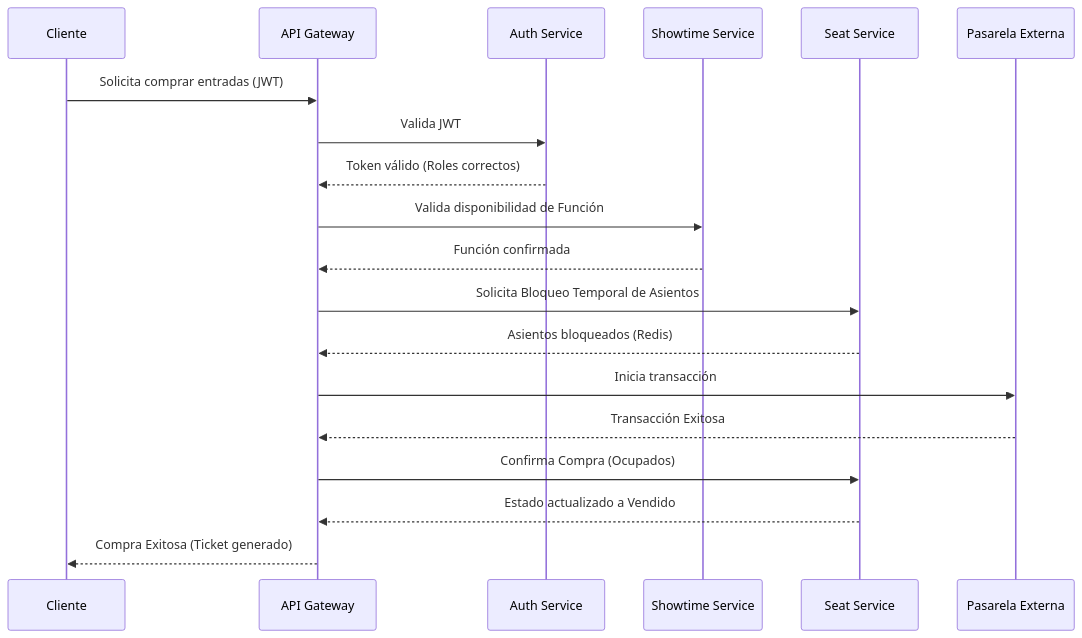
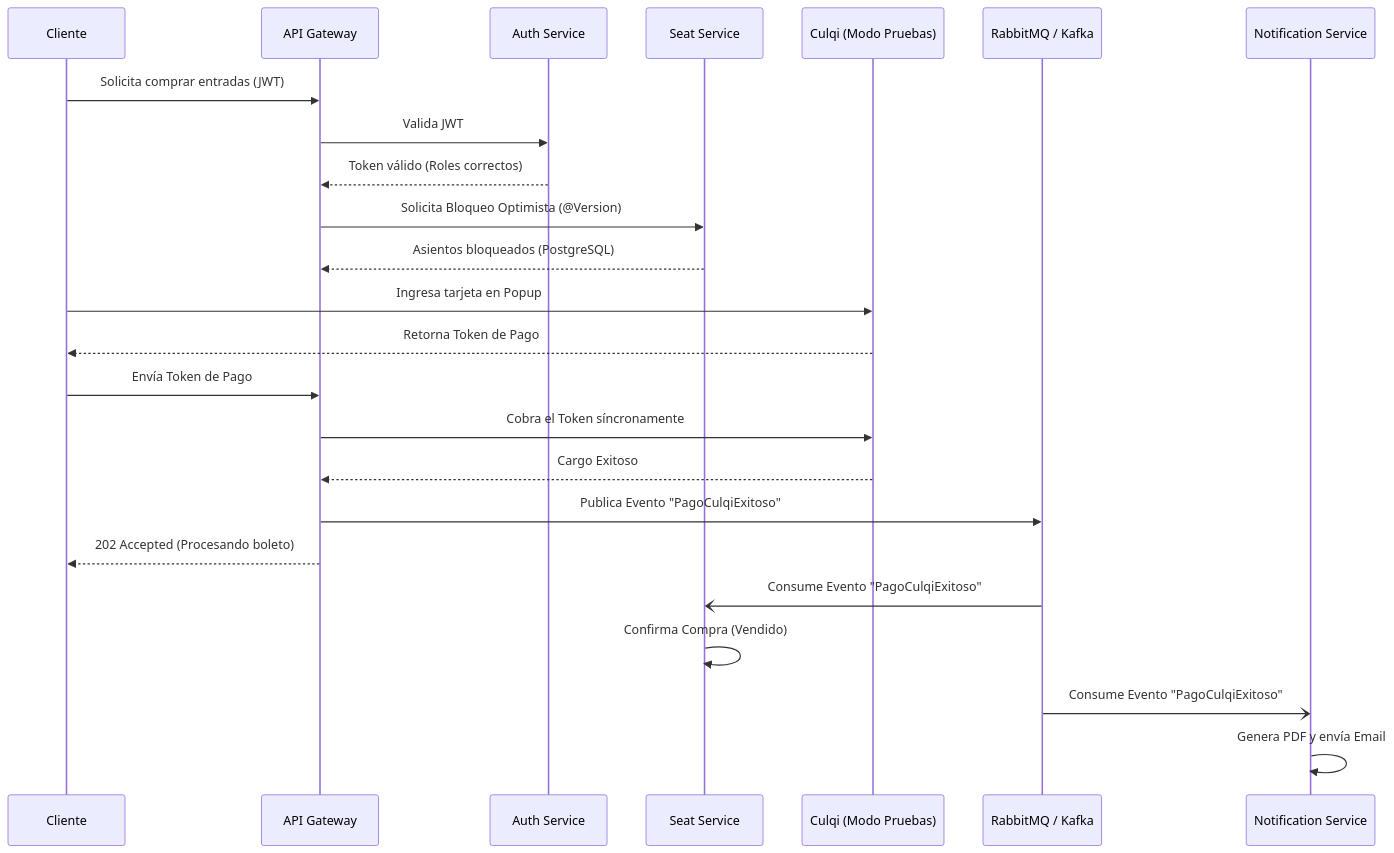
The third of 3 diagrams in docs/02_Arquitectura/README.md (ErwinSmth/CinemaCore), drawn with Mermaid before and after one commit. The commit also changed other lines of this file and 4 other files, not shown here.

````diff
--- a/docs/02_Arquitectura/README.md
+++ b/docs/02_Arquitectura/README.md
@@ -130,27 +130,33 @@
 ```mermaid
 sequenceDiagram
     participant Cliente
     participant Gateway as API Gateway
     participant Auth as Auth Service
-    participant Showtime as Showtime Service
     participant Seat as Seat Service
-    participant Pago as Pasarela Externa
+    participant Culqi as Culqi (Modo Pruebas)
+    participant Rabbit as RabbitMQ / Kafka
+    participant Notif as Notification Service
 
     Cliente->>Gateway: Solicita comprar entradas (JWT)
     Gateway->>Auth: Valida JWT
     Auth-->>Gateway: Token válido (Roles correctos)
     
-    Gateway->>Showtime: Valida disponibilidad de Función
-    Showtime-->>Gateway: Función confirmada
+    Gateway->>Seat: Solicita Bloqueo Optimista (@Version)
+    Seat-->>Gateway: Asientos bloqueados (PostgreSQL)
     
-    Gateway->>Seat: Solicita Bloqueo Temporal de Asientos
-    Seat-->>Gateway: Asientos bloqueados (Redis)
+    Cliente->>Culqi: Ingresa tarjeta en Popup
+    Culqi-->>Cliente: Retorna Token de Pago
     
-    Gateway->>Pago: Inicia transacción
-    Pago-->>Gateway: Transacción Exitosa
+    Cliente->>Gateway: Envía Token de Pago
+    Gateway->>Culqi: Cobra el Token síncronamente
+    Culqi-->>Gateway: Cargo Exitoso
     
-    Gateway->>Seat: Confirma Compra (Ocupados)
-    Seat-->>Gateway: Estado actualizado a Vendido
+    Gateway->>Rabbit: Publica Evento "PagoCulqiExitoso"
+    Gateway-->>Cliente: 202 Accepted (Procesando boleto)
     
-    Gateway-->>Cliente: Compra Exitosa (Ticket generado)
+    Rabbit-)Seat: Consume Evento "PagoCulqiExitoso"
+    Seat->>Seat: Confirma Compra (Vendido)
+    
+    Rabbit-)Notif: Consume Evento "PagoCulqiExitoso"
+    Notif->>Notif: Genera PDF y envía Email
 ```
````
